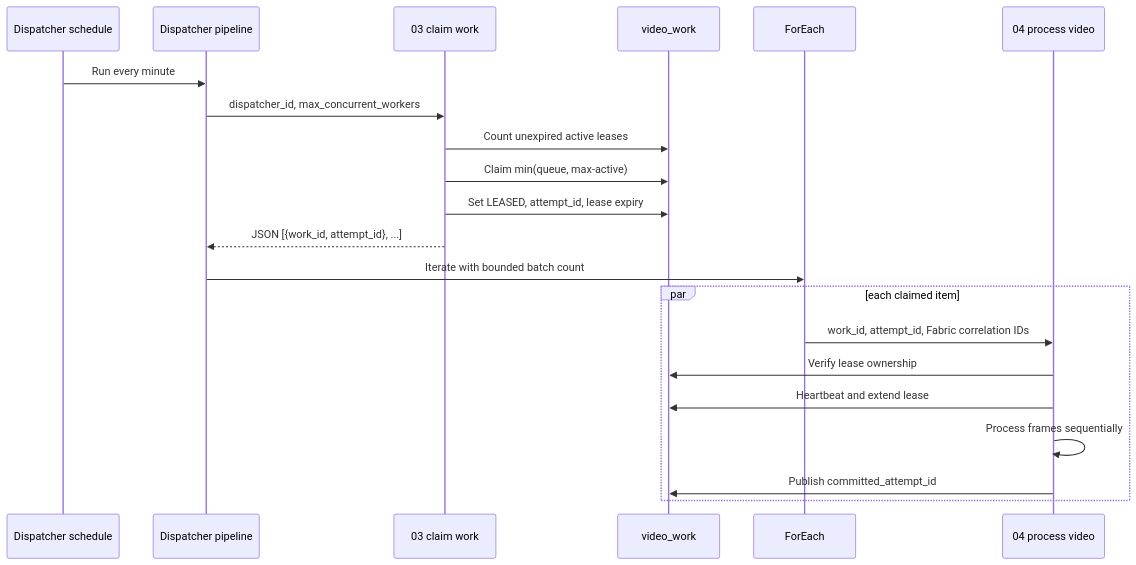
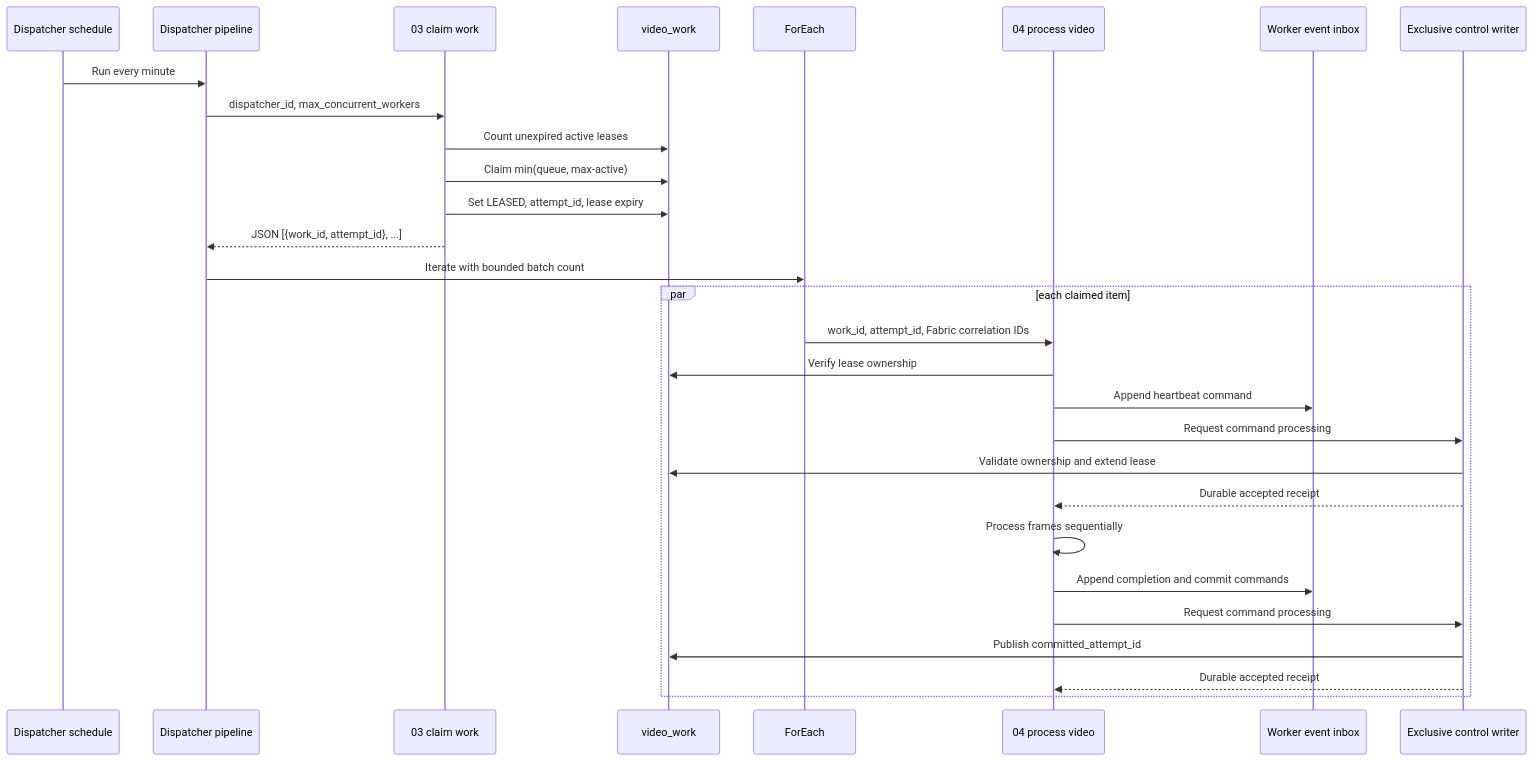
The third of 6 diagrams in notebooks/fabric/README.md (martins-vds/people-counter), drawn with Mermaid before and after one commit. The commit also changed other lines of this file and 20 other files, not shown here.

First line of the commit message:
Add unit tests for Fabric notebooks, focusing on worker execution and event handling

````diff
--- a/notebooks/fabric/README.md
+++ b/notebooks/fabric/README.md
@@ -243,24 +245,32 @@
 ```mermaid
 sequenceDiagram
     participant S as Dispatcher schedule
     participant P as Dispatcher pipeline
     participant C as 03 claim work
     participant W as video_work
     participant F as ForEach
     participant V as 04 process video
+    participant E as Worker event inbox
+    participant X as Exclusive control writer
 
     S->>P: Run every minute
     P->>C: dispatcher_id, max_concurrent_workers
     C->>W: Count unexpired active leases
     C->>W: Claim min(queue, max-active)
     C->>W: Set LEASED, attempt_id, lease expiry
     C-->>P: JSON [{work_id, attempt_id}, ...]
     P->>F: Iterate with bounded batch count
     par each claimed item
         F->>V: work_id, attempt_id, Fabric correlation IDs
         V->>W: Verify lease ownership
-        V->>W: Heartbeat and extend lease
+        V->>E: Append heartbeat command
+        V->>X: Request command processing
+        X->>W: Validate ownership and extend lease
+        X-->>V: Durable accepted receipt
         V->>V: Process frames sequentially
-        V->>W: Publish committed_attempt_id
+        V->>E: Append completion and commit commands
+        V->>X: Request command processing
+        X->>W: Publish committed_attempt_id
+        X-->>V: Durable accepted receipt
     end
 ```
````
